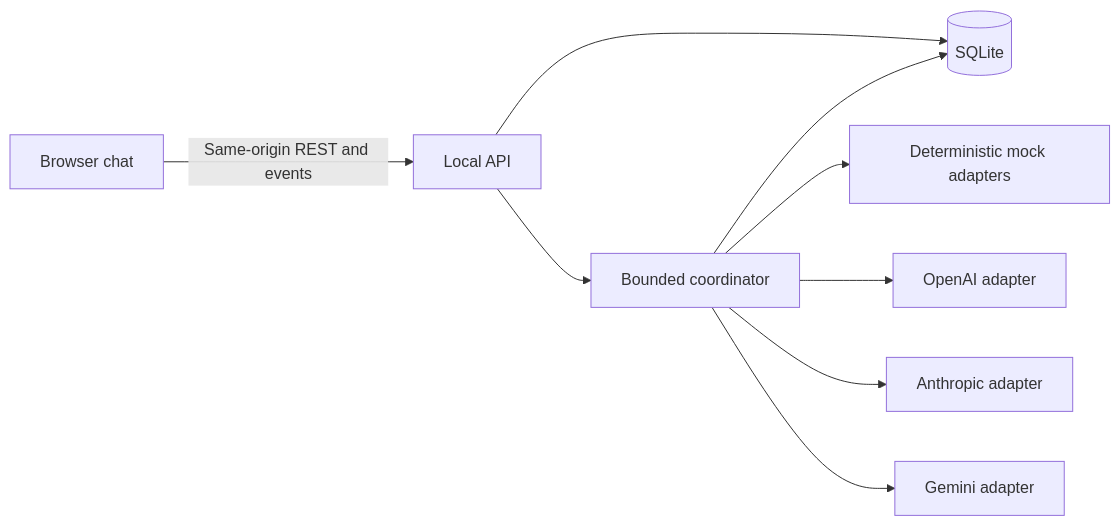
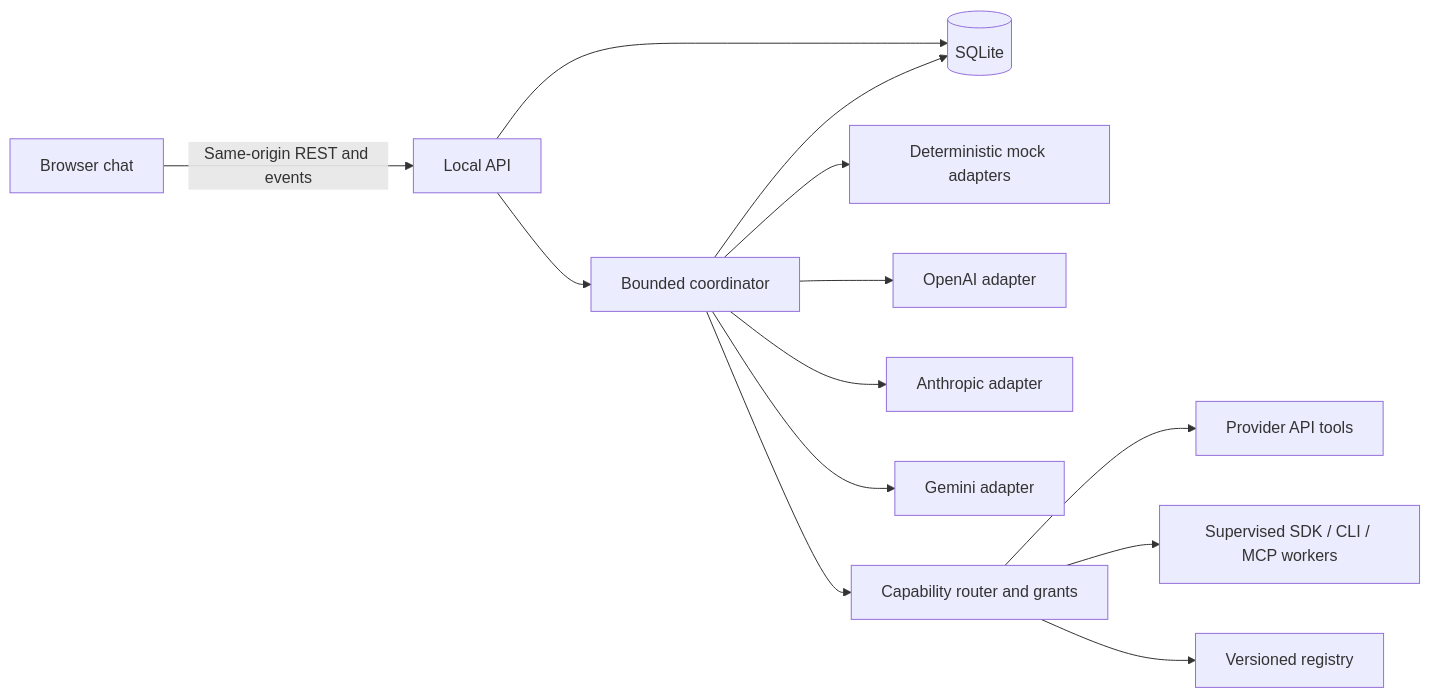
Before and after one commit to jirawatp/proofestra: the diagram in docs/technical-design.md, drawn with Mermaid. The commit also changed other lines of this file and 16 other files, not shown here.

Commit message:
docs: design extensible provider tools and automatic delegation

````diff
--- a/docs/technical-design.md
+++ b/docs/technical-design.md
@@ -36,11 +38,15 @@
 ```mermaid
 flowchart LR
     UI[Browser chat] -->|Same-origin REST and events| API[Local API]
     API --> DB[(SQLite)]
     API --> RUN[Bounded coordinator]
     RUN --> MOCK[Deterministic mock adapters]
     RUN --> OA[OpenAI adapter]
     RUN --> AN[Anthropic adapter]
     RUN --> GE[Gemini adapter]
+    RUN --> ROUTE[Capability router and grants]
+    ROUTE --> API_TOOLS[Provider API tools]
+    ROUTE --> WORKERS[Supervised SDK / CLI / MCP workers]
+    ROUTE --> REG[Versioned registry]
     RUN --> DB
 ```
````
